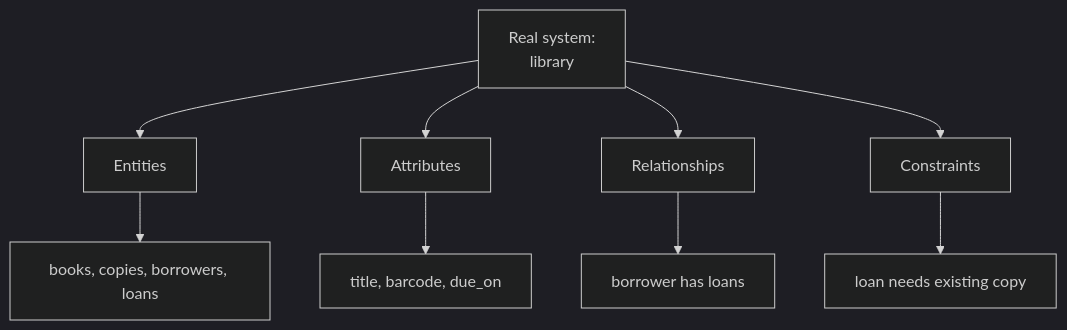
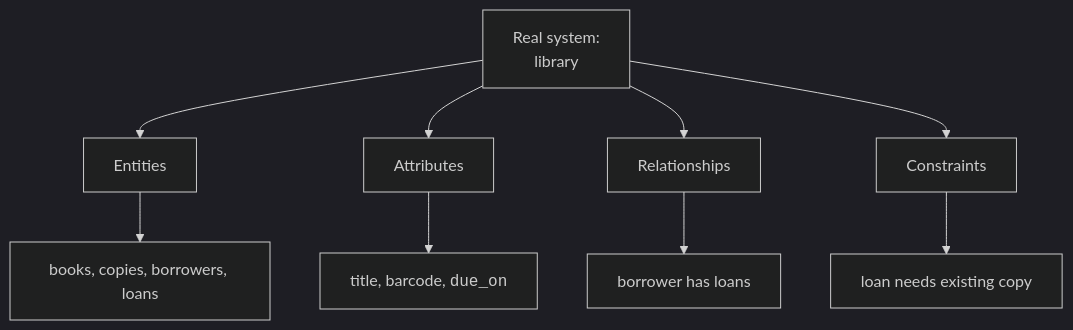
Before and after one commit to dataslope/dataslope: the first of 3 diagrams in content/learn/database-design-postgresql/what-is-database-design.mdx, drawn with Mermaid (dark theme). The commit also changed 153 other files, not shown here.

First line of the commit message:
Render code-only mermaid shapes in monospace; convert step sequences to Steps

````diff
--- a/content/learn/database-design-postgresql/what-is-database-design.mdx
+++ b/content/learn/database-design-postgresql/what-is-database-design.mdx
@@ -29,11 +29,11 @@
 ```mermaid
 flowchart TB
     A["Real system:<br/>library"] --> B["Entities"]
     A --> C["Attributes"]
     A --> D["Relationships"]
     A --> E["Constraints"]
     B --> F["books, copies, borrowers, loans"]
-    C --> G["title, barcode, due_on"]
+    C --> G["title, barcode, <code>due_on</code>"]
     D --> H["borrower has loans"]
     E --> I["loan needs existing copy"]
 ```
````
